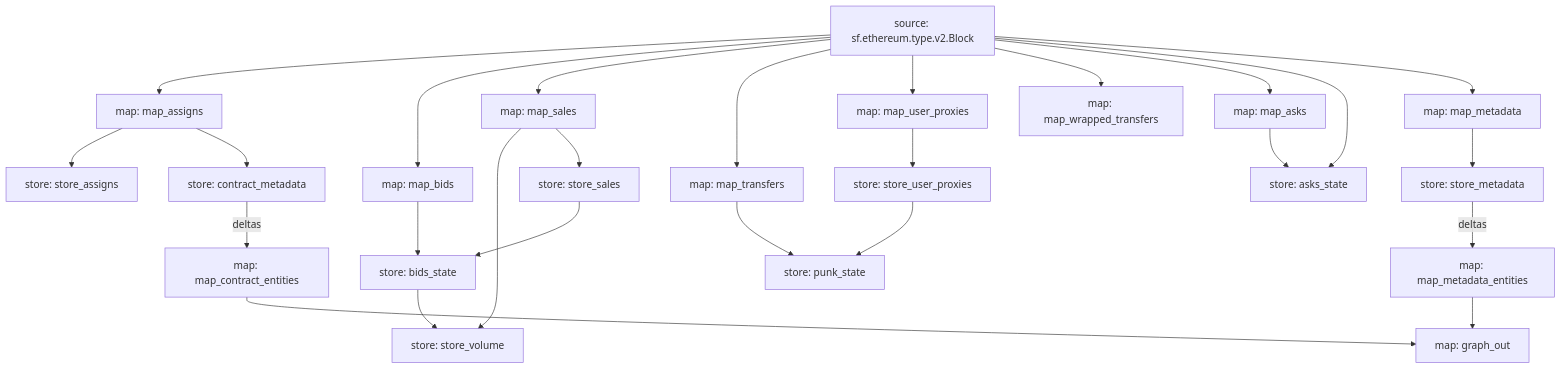
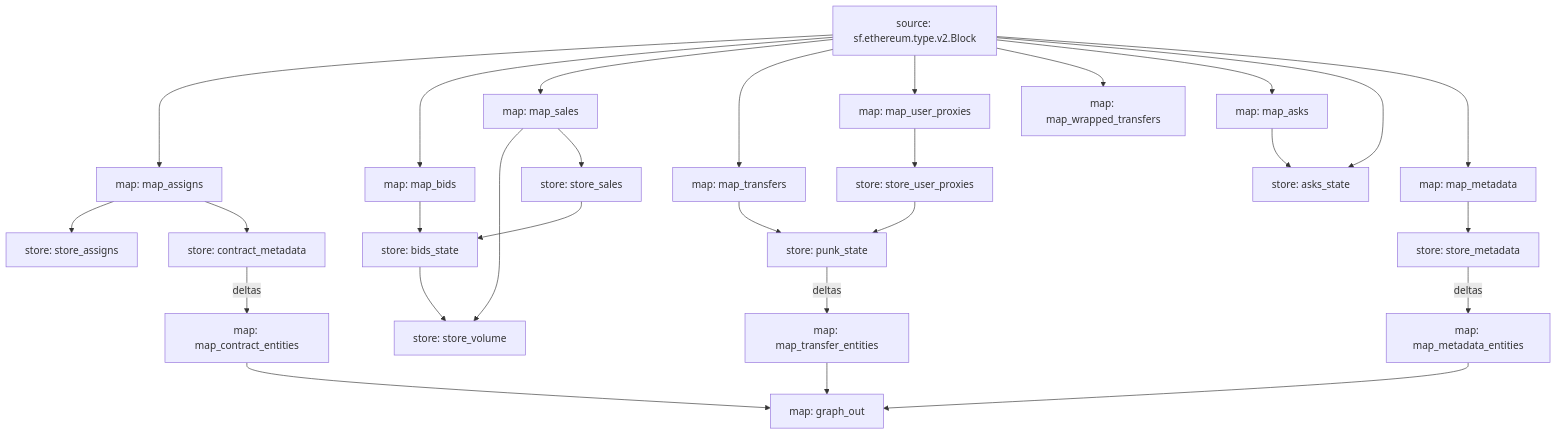
One commit to itsjerryokolo/cryptopunks_substreams changed the diagram in README.md. Above: the diagram before and after it, drawn with Mermaid. The commit also changed 7 other files, not shown here.

````diff
--- a/README.md
+++ b/README.md
@@ -3,48 +3,51 @@
 ```mermaid
 graph TD;
   map_assigns[map: map_assigns]
   sf.ethereum.type.v2.Block[source: sf.ethereum.type.v2.Block] --> map_assigns
   store_assigns[store: store_assigns]
   map_assigns --> store_assigns
   map_bids[map: map_bids]
   sf.ethereum.type.v2.Block[source: sf.ethereum.type.v2.Block] --> map_bids
   bids_state[store: bids_state]
   map_bids --> bids_state
   store_sales --> bids_state
   store_volume[store: store_volume]
   map_sales --> store_volume
   bids_state --> store_volume
   store_sales[store: store_sales]
   map_sales --> store_sales
   map_sales[map: map_sales]
   sf.ethereum.type.v2.Block[source: sf.ethereum.type.v2.Block] --> map_sales
   map_transfers[map: map_transfers]
   sf.ethereum.type.v2.Block[source: sf.ethereum.type.v2.Block] --> map_transfers
   punk_state[store: punk_state]
   map_transfers --> punk_state
   store_user_proxies --> punk_state
   map_user_proxies[map: map_user_proxies]
   sf.ethereum.type.v2.Block[source: sf.ethereum.type.v2.Block] --> map_user_proxies
   map_wrapped_transfers[map: map_wrapped_transfers]
   sf.ethereum.type.v2.Block[source: sf.ethereum.type.v2.Block] --> map_wrapped_transfers
   store_user_proxies[store: store_user_proxies]
   map_user_proxies --> store_user_proxies
   map_asks[map: map_asks]
   sf.ethereum.type.v2.Block[source: sf.ethereum.type.v2.Block] --> map_asks
   asks_state[store: asks_state]
   map_asks --> asks_state
   sf.ethereum.type.v2.Block[source: sf.ethereum.type.v2.Block] --> asks_state
   contract_metadata[store: contract_metadata]
   map_assigns --> contract_metadata
   map_metadata[map: map_metadata]
   sf.ethereum.type.v2.Block[source: sf.ethereum.type.v2.Block] --> map_metadata
   store_metadata[store: store_metadata]
   map_metadata --> store_metadata
   map_metadata_entities[map: map_metadata_entities]
   store_metadata -- deltas --> map_metadata_entities
   map_contract_entities[map: map_contract_entities]
   contract_metadata -- deltas --> map_contract_entities
+  map_transfer_entities[map: map_transfer_entities]
+  punk_state -- deltas --> map_transfer_entities
   graph_out[map: graph_out]
   map_metadata_entities --> graph_out
   map_contract_entities --> graph_out
+  map_transfer_entities --> graph_out
 ```
````
